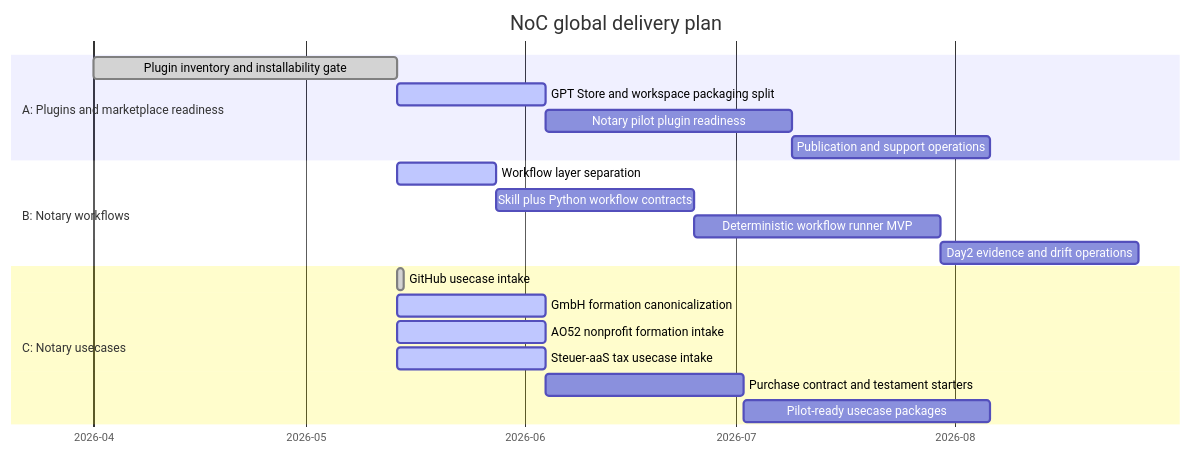
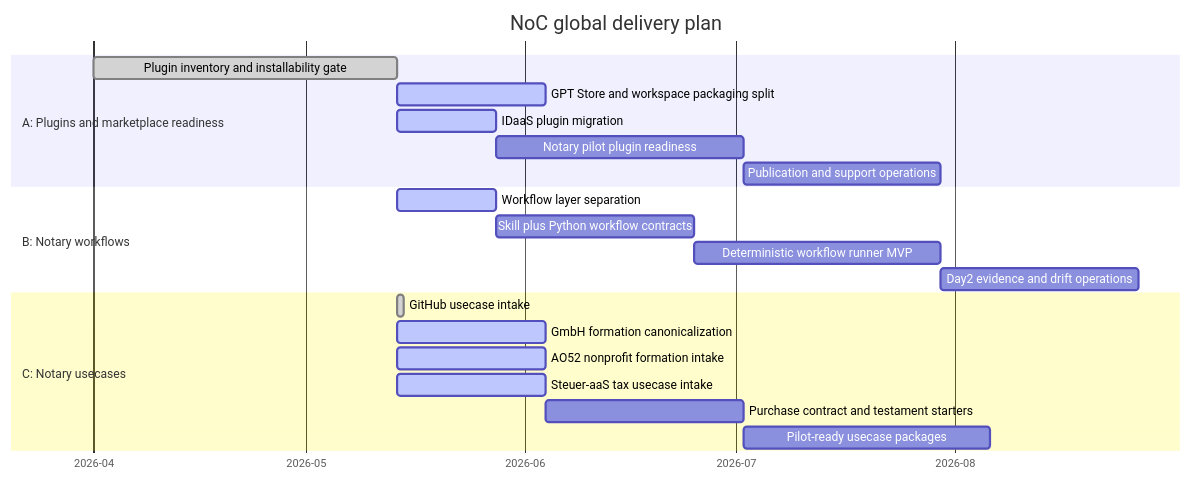
The diagram in roadmap/GANTT.md (notariat8/NaC), drawn with Mermaid before and after one commit. The commit also changed other lines of this file and 18 other files, not shown here.

Commit message:
Migrate IDaaS as NoC plugin

````diff
--- a/roadmap/GANTT.md
+++ b/roadmap/GANTT.md
@@ -12,26 +12,27 @@
 ```mermaid
 gantt
     title NoC global delivery plan
     dateFormat  YYYY-MM-DD
     axisFormat  %Y-%m
 
     section A: Plugins and marketplace readiness
     Plugin inventory and installability gate     :done,    a1, 2026-04-01, 2026-05-14
     GPT Store and workspace packaging split      :active,  a2, 2026-05-14, 21d
-    Notary pilot plugin readiness                :         a3, after a2, 35d
-    Publication and support operations           :         a4, after a3, 28d
+    IDaaS plugin migration                       :active,  a3, 2026-05-14, 14d
+    Notary pilot plugin readiness                :         a4, after a3, 35d
+    Publication and support operations           :         a5, after a4, 28d
 
     section B: Notary workflows
     Workflow layer separation                    :active,  b1, 2026-05-14, 14d
     Skill plus Python workflow contracts         :         b2, after b1, 28d
     Deterministic workflow runner MVP            :         b3, after b2, 35d
     Day2 evidence and drift operations           :         b4, after b3, 28d
 
     section C: Notary usecases
     GitHub usecase intake                        :done,    c1, 2026-05-14, 1d
     GmbH formation canonicalization              :active,  c2, 2026-05-14, 21d
     AO52 nonprofit formation intake              :active,  c3, 2026-05-14, 21d
     Steuer-aaS tax usecase intake                :active,  c4, 2026-05-14, 21d
     Purchase contract and testament starters     :         c5, after c4, 28d
     Pilot-ready usecase packages                 :         c6, after c5, 35d
 ```
````
